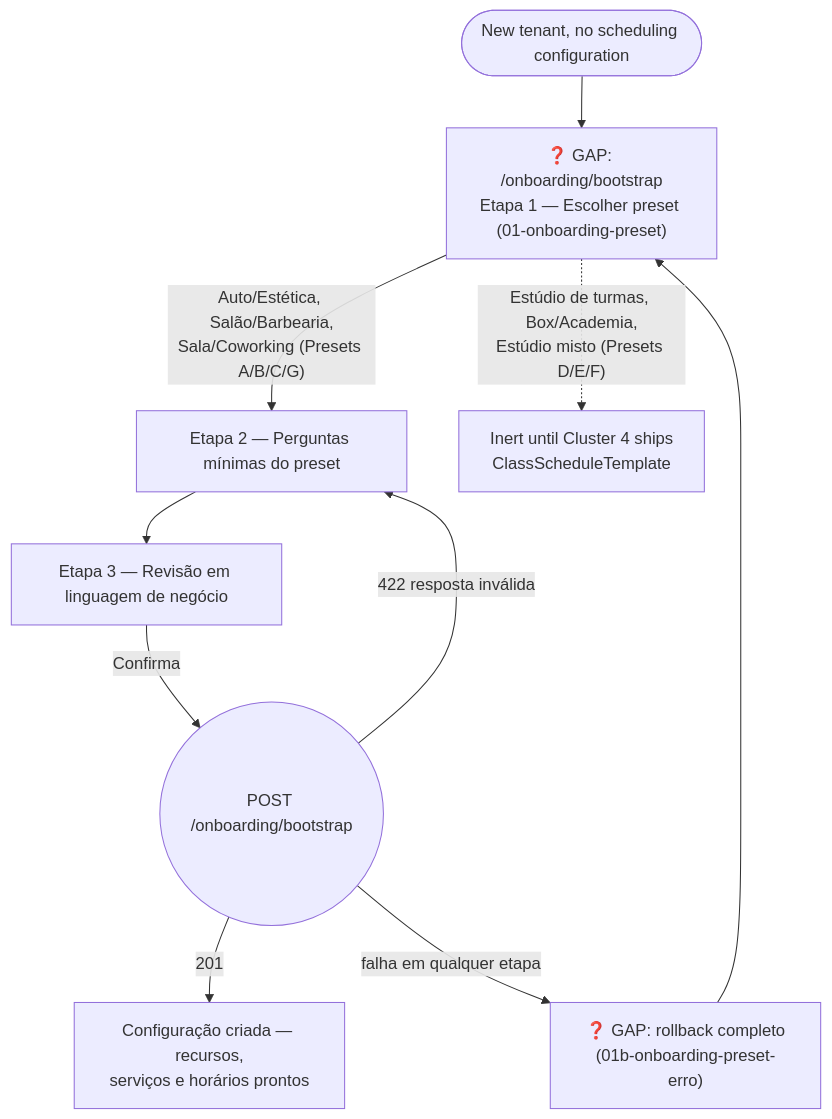
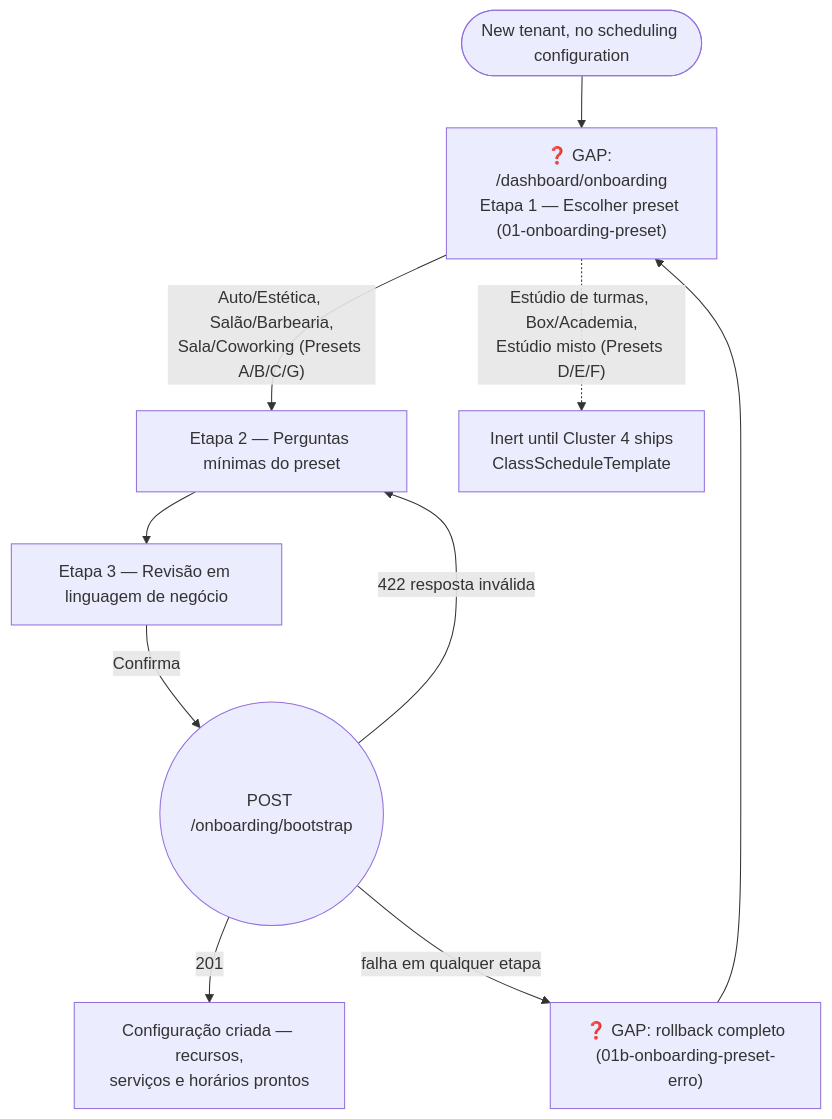
One commit to lmmoreira/ikaro changed the diagram in journeys/manager/onboarding.md. Above: the diagram before and after it, drawn with Mermaid. The commit also changed other lines of this file and 242 other files, not shown here.

````diff
--- a/journeys/manager/onboarding.md
+++ b/journeys/manager/onboarding.md
@@ -12,14 +12,14 @@
 ```mermaid
 flowchart TD
     classDef gap stroke:#f00,stroke-dasharray: 5 5,fill:#fee
 
-    Start(["New tenant, no scheduling configuration"]) --> Choose["❓ GAP: /onboarding/bootstrap<br/>Etapa 1 — Escolher preset (01-onboarding-preset)"]
+    Start(["New tenant, no scheduling configuration"]) --> Choose["❓ GAP: /dashboard/onboarding<br/>Etapa 1 — Escolher preset (01-onboarding-preset)"]
     Choose -->|"Auto/Estética, Salão/Barbearia,<br/>Sala/Coworking (Presets A/B/C/G)"| Questions["Etapa 2 — Perguntas mínimas do preset"]
     Choose -.->|"Estúdio de turmas, Box/Academia,<br/>Estúdio misto (Presets D/E/F)"| SessionNote["Inert until Cluster 4 ships<br/>ClassScheduleTemplate"]
     Questions --> Review["Etapa 3 — Revisão em linguagem de negócio"]
     Review -->|"Confirma"| Bootstrap(("POST /onboarding/bootstrap"))
     Bootstrap -->|"201"| Done["Configuração criada — recursos,<br/>serviços e horários prontos"]
     Bootstrap -->|"422 resposta inválida"| Questions
     Bootstrap -->|"falha em qualquer etapa"| Error["❓ GAP: rollback completo<br/>(01b-onboarding-preset-erro)"]
     Error --> Choose
 ```
````
